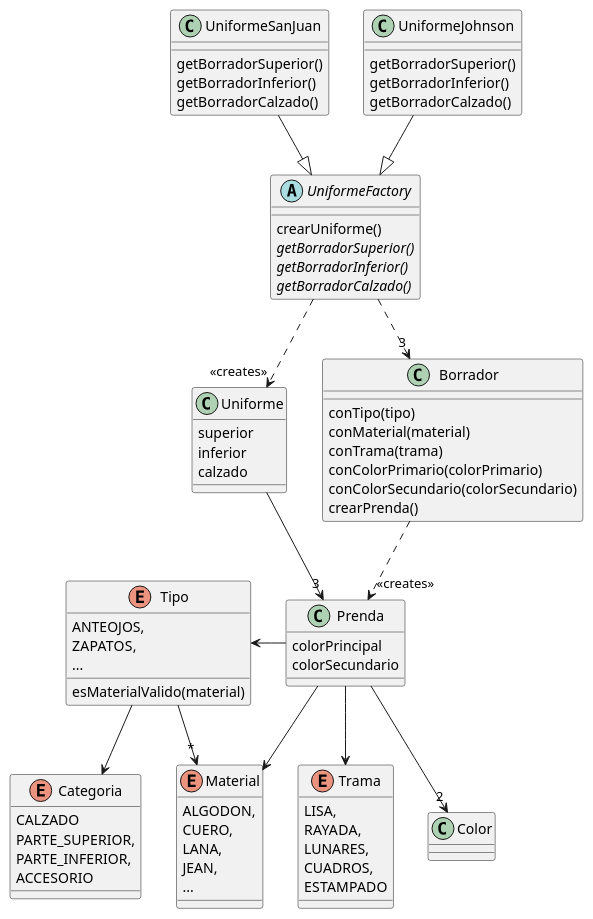
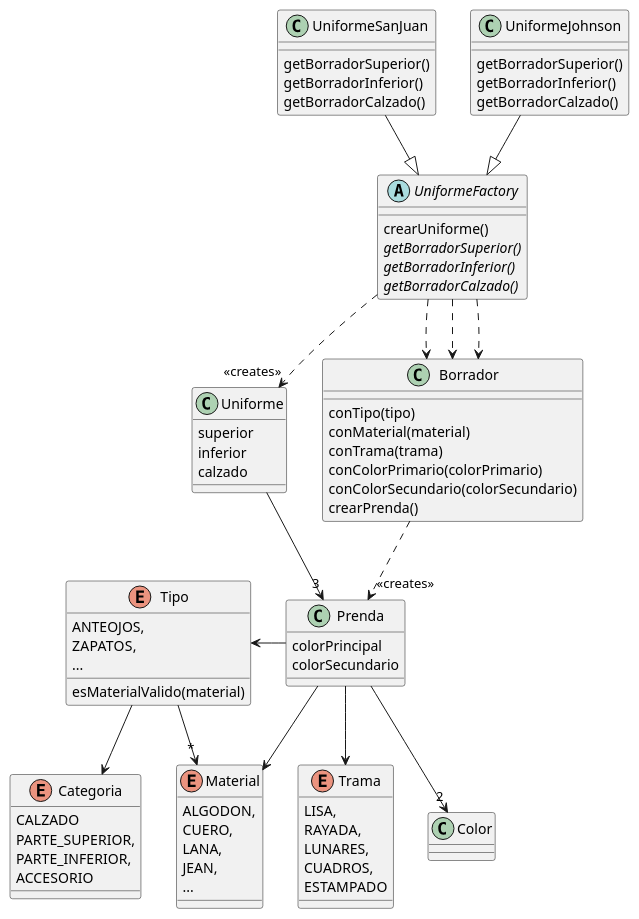
Before and after one commit to RaniAgus/dds-2022: the diagram in docs/diagramas/iteracion-2.puml, drawn with PlantUML. The commit also changed 1 other file, not shown here.

Commit message:
minor changes en diagramas

```diff
--- a/docs/diagramas/iteracion-2.puml
+++ b/docs/diagramas/iteracion-2.puml
@@ -1,93 +1,95 @@
 @startuml iteracion-2
 
 class UniformeSanJuan {
   getBorradorSuperior()
   getBorradorInferior()
   getBorradorCalzado()
 }
 
 class UniformeJohnson {
   getBorradorSuperior()
   getBorradorInferior()
   getBorradorCalzado()
 }
 
 UniformeSanJuan --|> UniformeFactory
 UniformeJohnson --|> UniformeFactory
 
 abstract UniformeFactory {
   crearUniforme()
   {abstract} getBorradorSuperior()
   {abstract} getBorradorInferior()
   {abstract} getBorradorCalzado()
 }
 
 UniformeFactory ..> "<<creates>>" Uniforme
-UniformeFactory ..> "3" Borrador
+UniformeFactory ..> Borrador
+UniformeFactory ..> Borrador
+UniformeFactory ..> Borrador
 
 class Uniforme {
    superior
    inferior
    calzado
 }
 
 Uniforme --> "3" Prenda
 
 class Borrador {
   conTipo(tipo)
   conMaterial(material)
   conTrama(trama)
   conColorPrimario(colorPrimario)
   conColorSecundario(colorSecundario)
   crearPrenda()
 }
 
 Borrador ..> "<<creates>>" Prenda
 
 class Prenda {
  colorPrincipal
  colorSecundario
 }
 
 Prenda -left-> Tipo
 Prenda --> Material
 Prenda --> Trama
 Prenda --> "2" Color
 
 enum Material {
   ALGODON,
   CUERO,
   LANA,
   JEAN,
   ...
 }
 
 enum Trama {
   LISA,
   RAYADA,
   LUNARES,
   CUADROS,
   ESTAMPADO
 }
 
 class Color {
 }
 
 enum Tipo {
   ANTEOJOS,
   ZAPATOS,
   ...
   esMaterialValido(material)
 }
 
 Tipo --> "*" Material
 Tipo --> Categoria
 
 enum Categoria {
   CALZADO
   PARTE_SUPERIOR,
   PARTE_INFERIOR,
   ACCESORIO
 }
 
 @enduml
```
